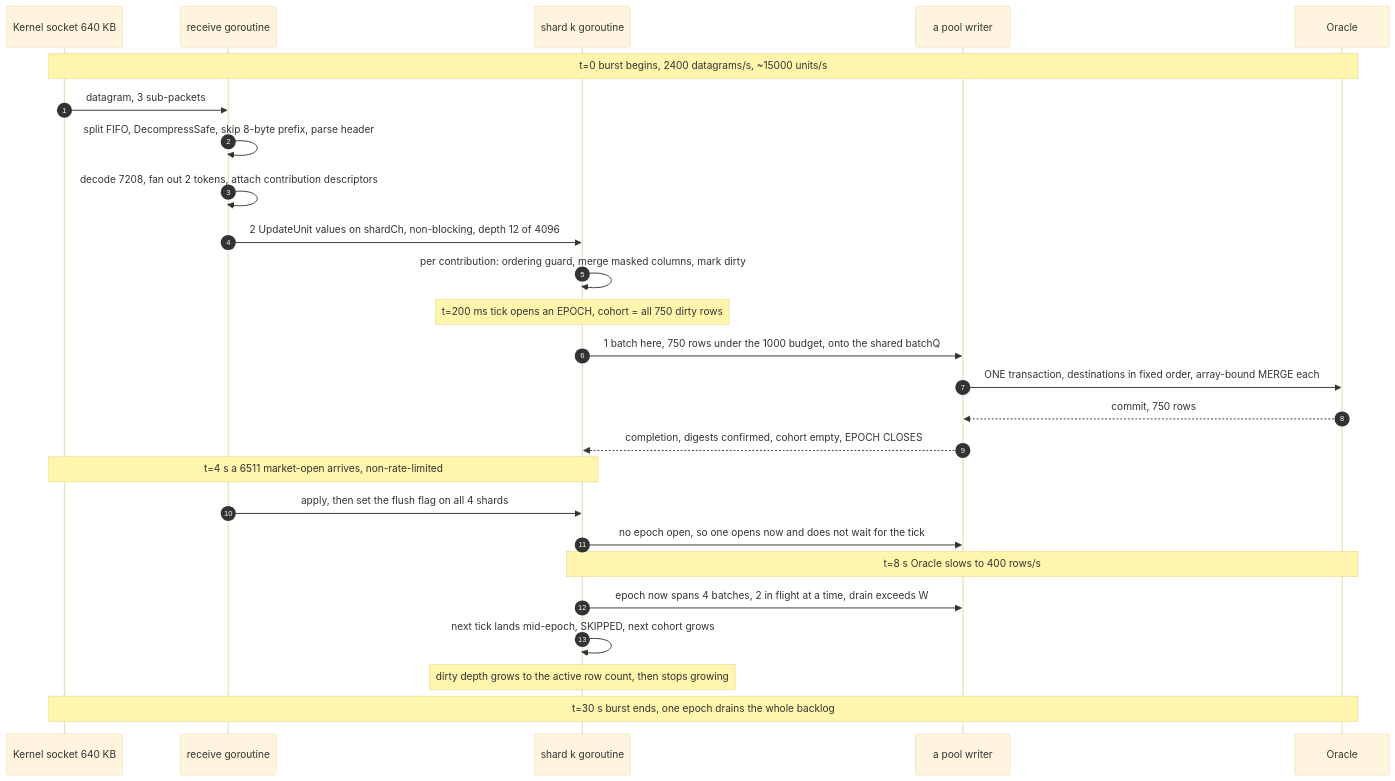
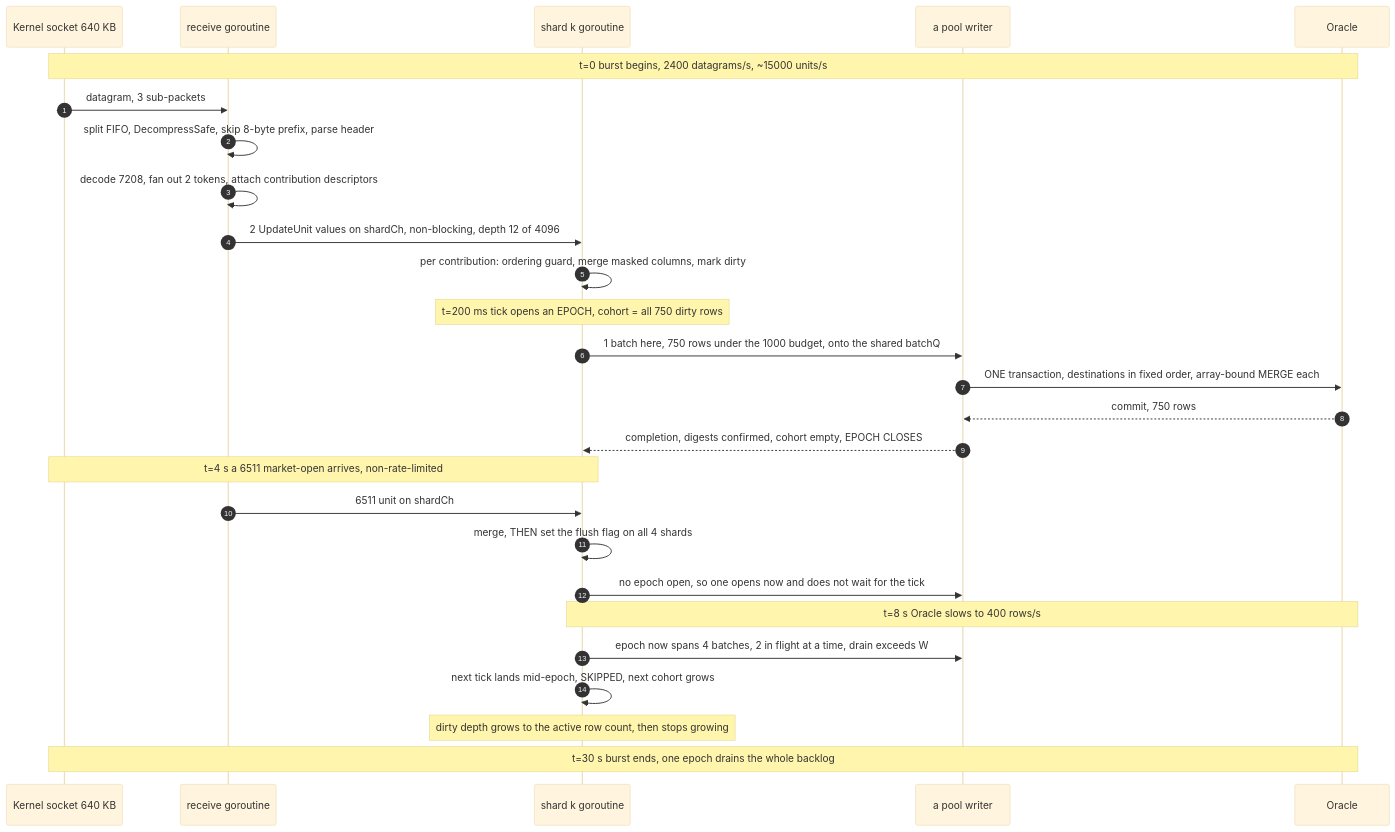
The tenth of 16 diagrams in docs/architecture/phase1_hld_design1.md (redwineyards/feedvalve), drawn with Mermaid (base theme) before and after one commit. The commit also changed other lines of this file, not shown here.

````diff
--- a/docs/architecture/phase1_hld_design1.md
+++ b/docs/architecture/phase1_hld_design1.md
@@ -1544,29 +1694,30 @@
 ```mermaid
 sequenceDiagram
     autonumber
     participant K as Kernel socket 640 KB
     participant R as receive goroutine
     participant S as shard k goroutine
     participant W as a pool writer
     participant O as Oracle
 
     Note over K,O: t=0 burst begins, 2400 datagrams/s, ~15000 units/s
     K->>R: datagram, 3 sub-packets
     R->>R: split FIFO, DecompressSafe, skip 8-byte prefix, parse header
     R->>R: decode 7208, fan out 2 tokens, attach contribution descriptors
     R->>S: 2 UpdateUnit values on shardCh, non-blocking, depth 12 of 4096
     S->>S: per contribution: ordering guard, merge masked columns, mark dirty
     Note over S: t=200 ms tick opens an EPOCH, cohort = all 750 dirty rows
     S->>W: 1 batch here, 750 rows under the 1000 budget, onto the shared batchQ
     W->>O: ONE transaction, destinations in fixed order, array-bound MERGE each
     O-->>W: commit, 750 rows
     W-->>S: completion, digests confirmed, cohort empty, EPOCH CLOSES
     Note over K,S: t=4 s a 6511 market-open arrives, non-rate-limited
-    R->>S: apply, then set the flush flag on all 4 shards
+    R->>S: 6511 unit on shardCh
+    S->>S: merge, THEN set the flush flag on all 4 shards
     S->>W: no epoch open, so one opens now and does not wait for the tick
     Note over S,O: t=8 s Oracle slows to 400 rows/s
     S->>W: epoch now spans 4 batches, 2 in flight at a time, drain exceeds W
     S->>S: next tick lands mid-epoch, SKIPPED, next cohort grows
     Note over S: dirty depth grows to the active row count, then stops growing
     Note over K,O: t=30 s burst ends, one epoch drains the whole backlog
 ```
````
